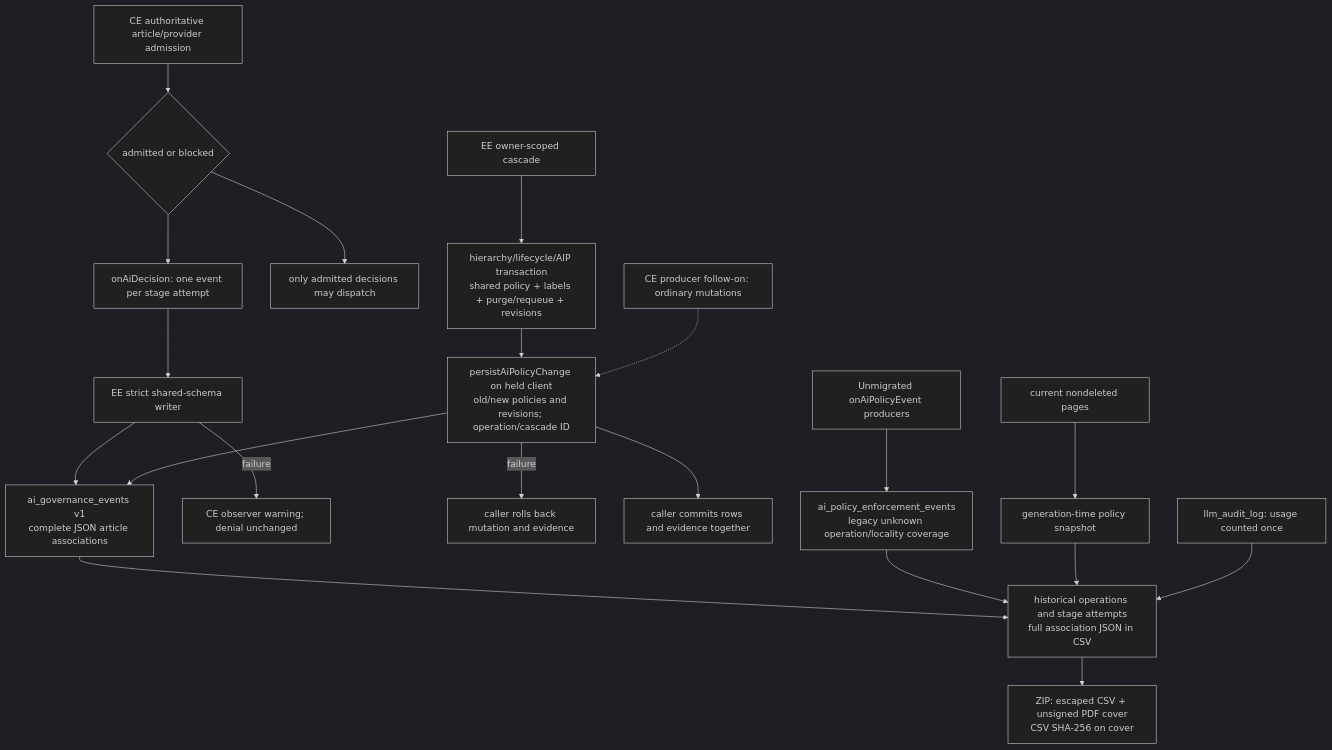
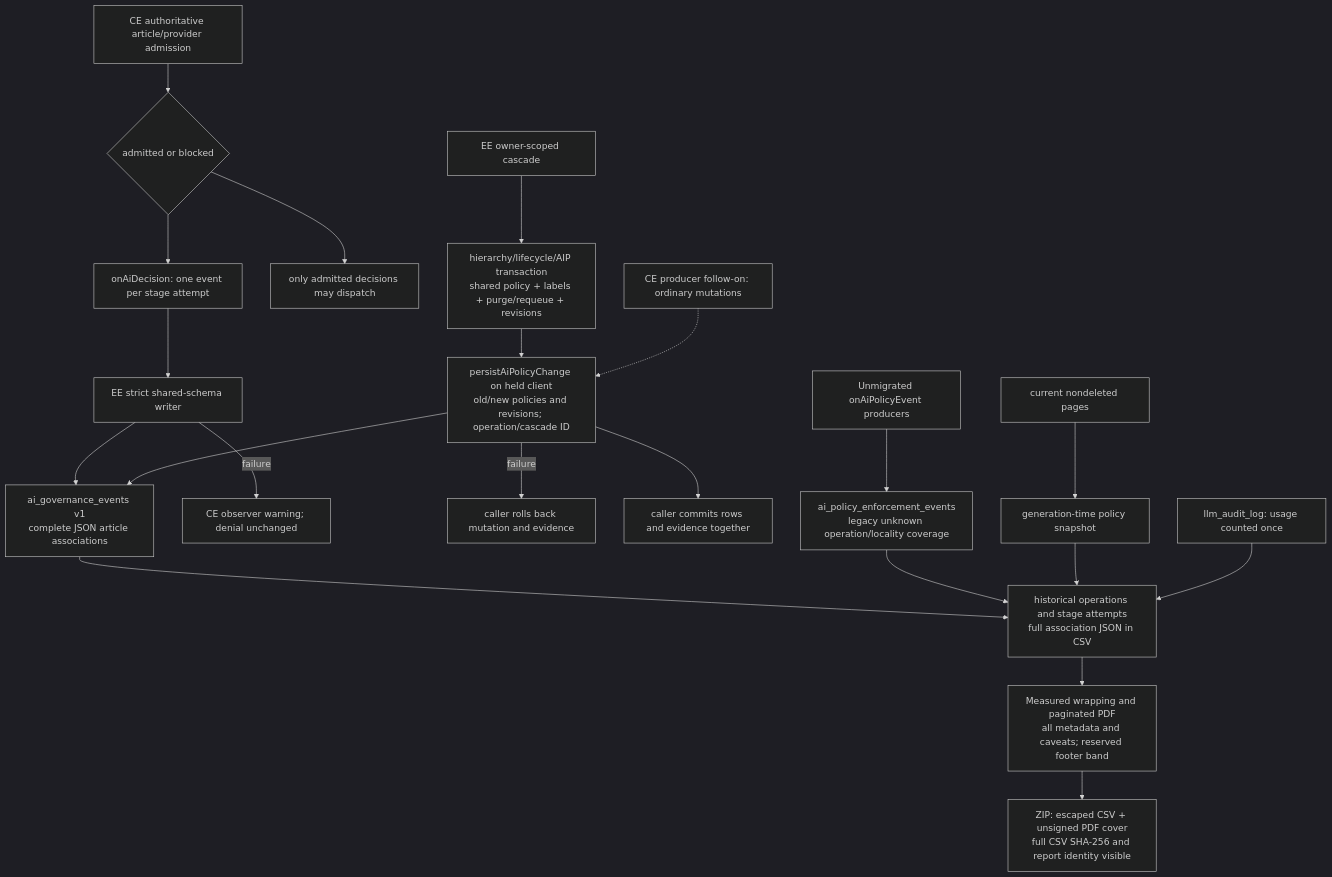
The diagram in docs/architecture/13-flow-ai-policy-audit.md (Compendiq/compendiq-ce), drawn with Mermaid (dark theme) before and after one commit. The commit also changed 2 other files, not shown here.

````diff
--- a/docs/architecture/13-flow-ai-policy-audit.md
+++ b/docs/architecture/13-flow-ai-policy-audit.md
@@ -3,22 +3,23 @@
 ```mermaid
 flowchart TD
     admission["CE authoritative article/provider admission"] --> decision{"admitted or blocked"}
     decision --> typed["onAiDecision: one event per stage attempt"]
     decision --> dispatch["only admitted decisions may dispatch"]
     typed --> writer["EE strict shared-schema writer"]
     writer --> events["ai_governance_events v1<br/>complete JSON article associations"]
     writer -->|failure| warning["CE observer warning; denial unchanged"]
     cascade["EE owner-scoped cascade"] --> transaction["hierarchy/lifecycle/AIP transaction<br/>shared policy + labels + purge/requeue + revisions"]
     transaction --> held["persistAiPolicyChange on held client<br/>old/new policies and revisions; operation/cascade ID"]
     held --> events
     held -->|failure| rollback["caller rolls back mutation and evidence"]
     held --> commit["caller commits rows and evidence together"]
     ordinary["CE producer follow-on: ordinary mutations"] -.-> held
     legacy["Unmigrated onAiPolicyEvent producers"] --> old["ai_policy_enforcement_events<br/>legacy unknown operation/locality coverage"]
     events --> report["historical operations and stage attempts<br/>full association JSON in CSV"]
     old --> report
     pages["current nondeleted pages"] --> snapshot["generation-time policy snapshot"]
     snapshot --> report
     usage["llm_audit_log: usage counted once"] --> report
-    report --> zip["ZIP: escaped CSV + unsigned PDF cover<br/>CSV SHA-256 on cover"]
+    report --> layout["Measured wrapping and paginated PDF<br/>all metadata and caveats; reserved footer band"]
+    layout --> zip["ZIP: escaped CSV + unsigned PDF cover<br/>full CSV SHA-256 and report identity visible"]
 ```
````
